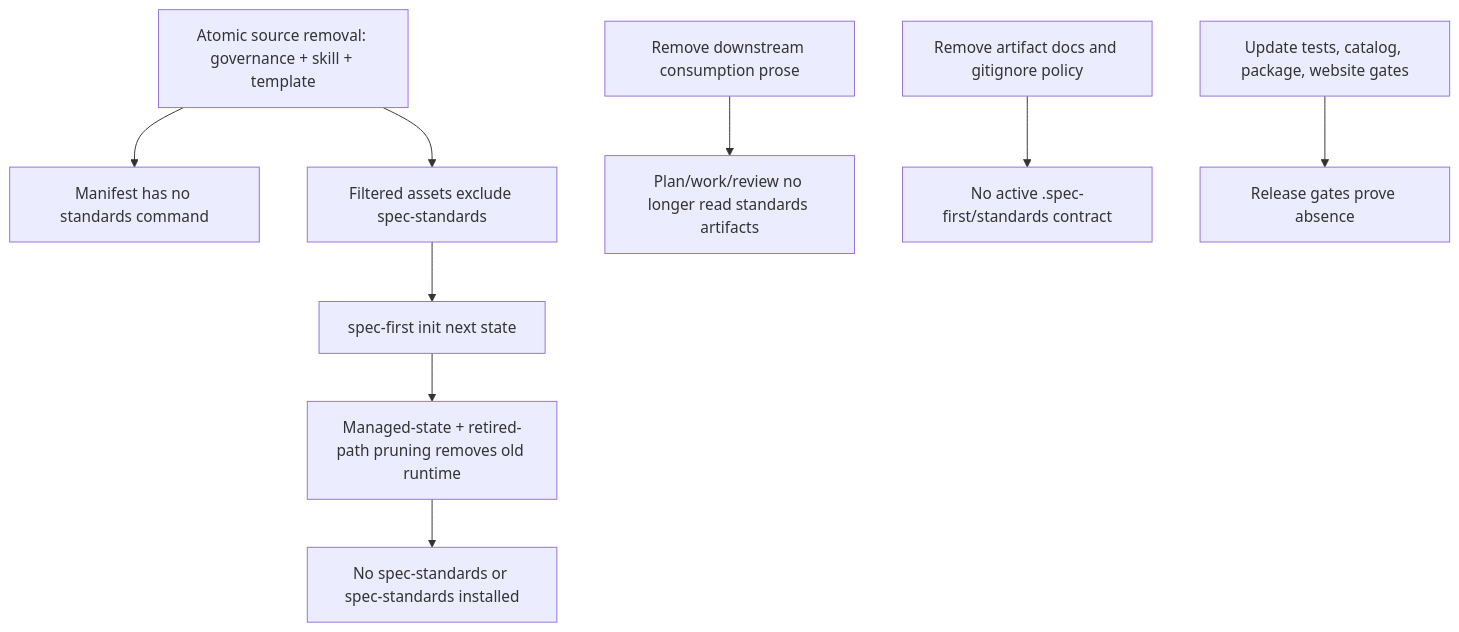
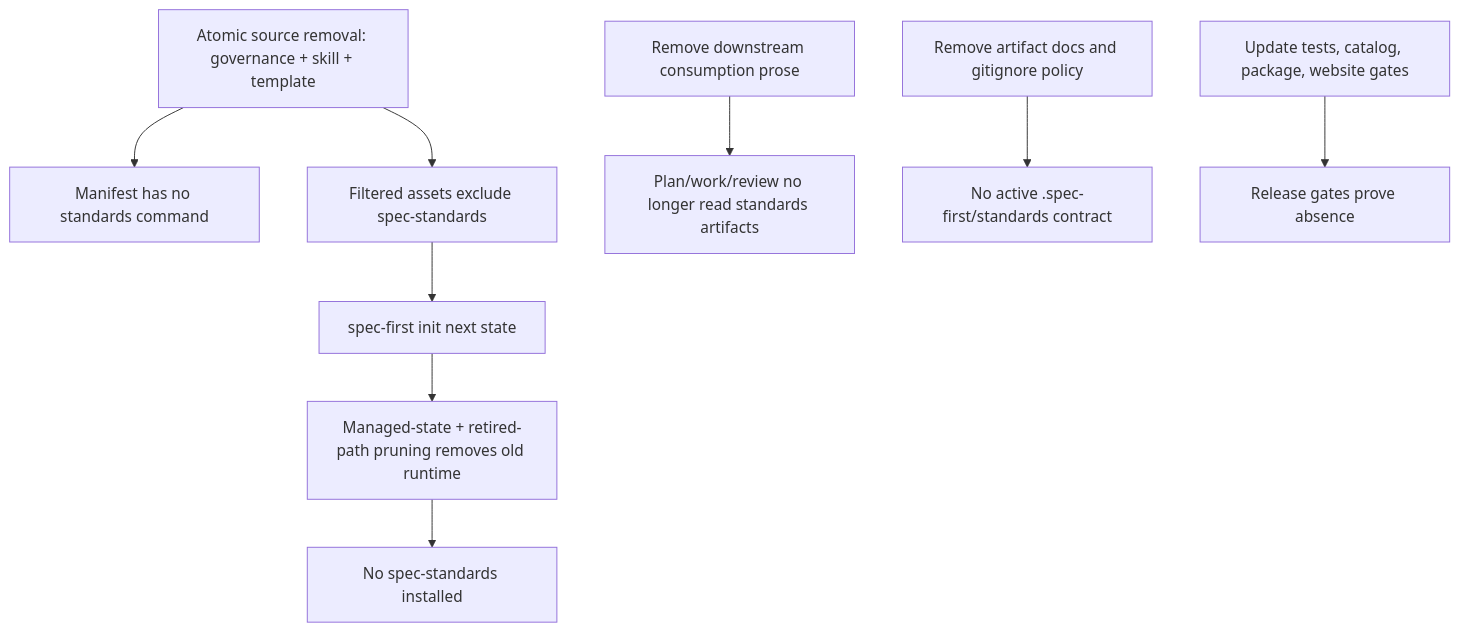
One commit to leo-kuang-ai/spec-first changed the first of 3 diagrams in docs/plans/2026-05-21-002-refactor-remove-spec-standards-plan.md. Above: the diagram before and after it, drawn with Mermaid. The commit also changed other lines of this file and 106 other files, not shown here.

````diff
--- a/docs/plans/2026-05-21-002-refactor-remove-spec-standards-plan.md
+++ b/docs/plans/2026-05-21-002-refactor-remove-spec-standards-plan.md
@@ -140,11 +140,11 @@
 ```mermaid
 flowchart TB
   A[Atomic source removal: governance + skill + template] --> B[Manifest has no standards command]
   A --> C[Filtered assets exclude spec-standards]
   C --> E[spec-first init next state]
   E --> F[Managed-state + retired-path pruning removes old runtime]
-  F --> G[No spec-standards or spec-standards installed]
+  F --> G[No spec-standards installed]
   H[Remove downstream consumption prose] --> I[Plan/work/review no longer read standards artifacts]
   J[Remove artifact docs and gitignore policy] --> K[No active .spec-first/standards contract]
   L[Update tests, catalog, package, website gates] --> M[Release gates prove absence]
 ```
````
